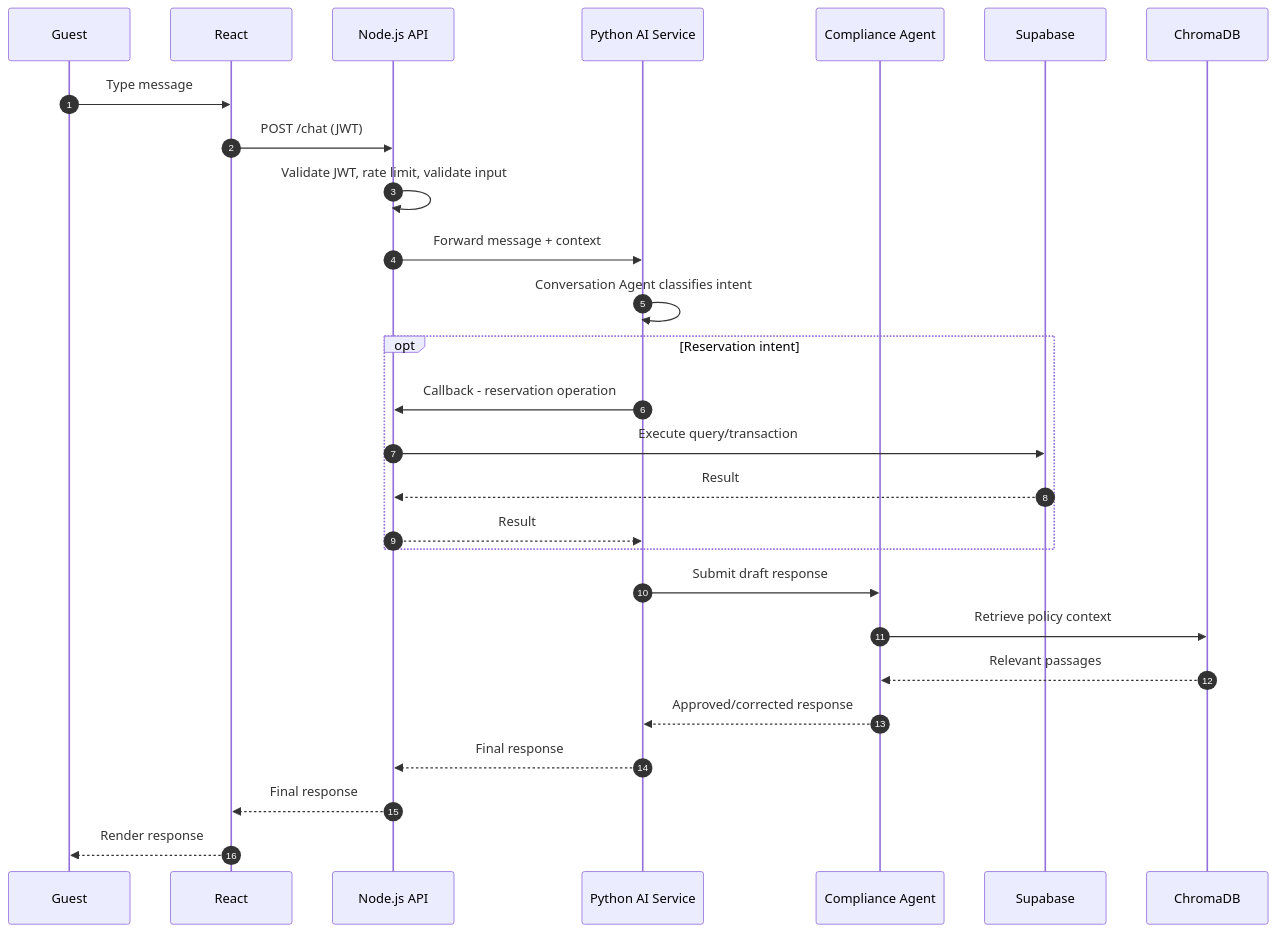
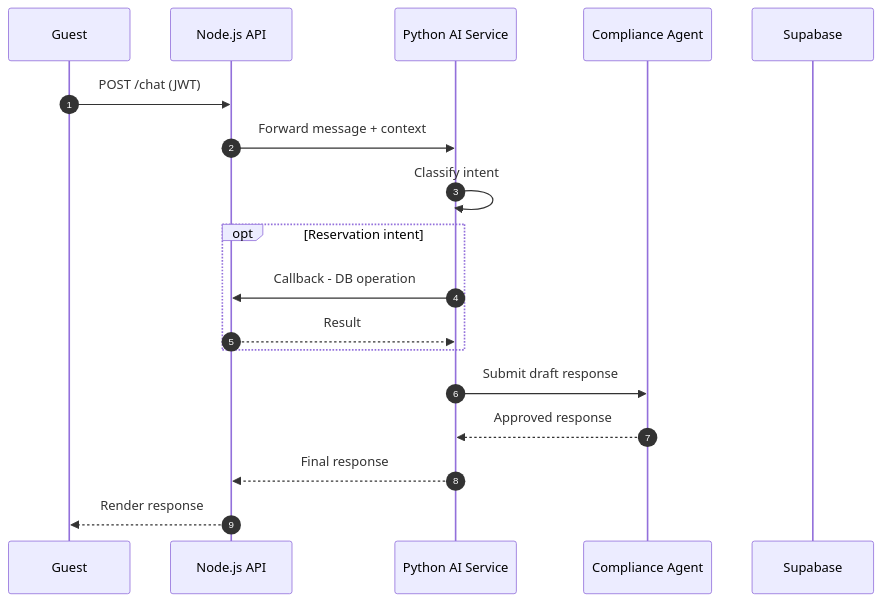
Before and after one commit to AmoghPai19/Multi-Agent-AI-Hotel-Support-System: the fourth of 8 diagrams in docs/architecture/architecture.md, drawn with Mermaid. The commit also changed other lines of this file and 1 other file, not shown here.

Commit message:
Added project vision, technology decisions, architecture, and workflow specifications

````diff
--- a/docs/architecture/architecture.md
+++ b/docs/architecture/architecture.md
@@ -207,30 +132,20 @@
 ```mermaid
 sequenceDiagram
     autonumber
     participant G as Guest
-    participant R as React
     participant N as Node.js API
     participant P as Python AI Service
     participant CO as Compliance Agent
     participant DB as Supabase
-    participant V as ChromaDB
-
-    G->>R: Type message
-    R->>N: POST /chat (JWT)
-    N->>N: Validate JWT, rate limit, validate input
+    G->>N: POST /chat (JWT)
     N->>P: Forward message + context
-    P->>P: Conversation Agent classifies intent
+    P->>P: Classify intent
     opt Reservation intent
-        P->>N: Callback - reservation operation
-        N->>DB: Execute query/transaction
-        DB-->>N: Result
+        P->>N: Callback - DB operation
         N-->>P: Result
     end
     P->>CO: Submit draft response
-    CO->>V: Retrieve policy context
-    V-->>CO: Relevant passages
-    CO-->>P: Approved/corrected response
+    CO-->>P: Approved response
     P-->>N: Final response
-    N-->>R: Final response
-    R-->>G: Render response
+    N-->>G: Render response
 ```
````
